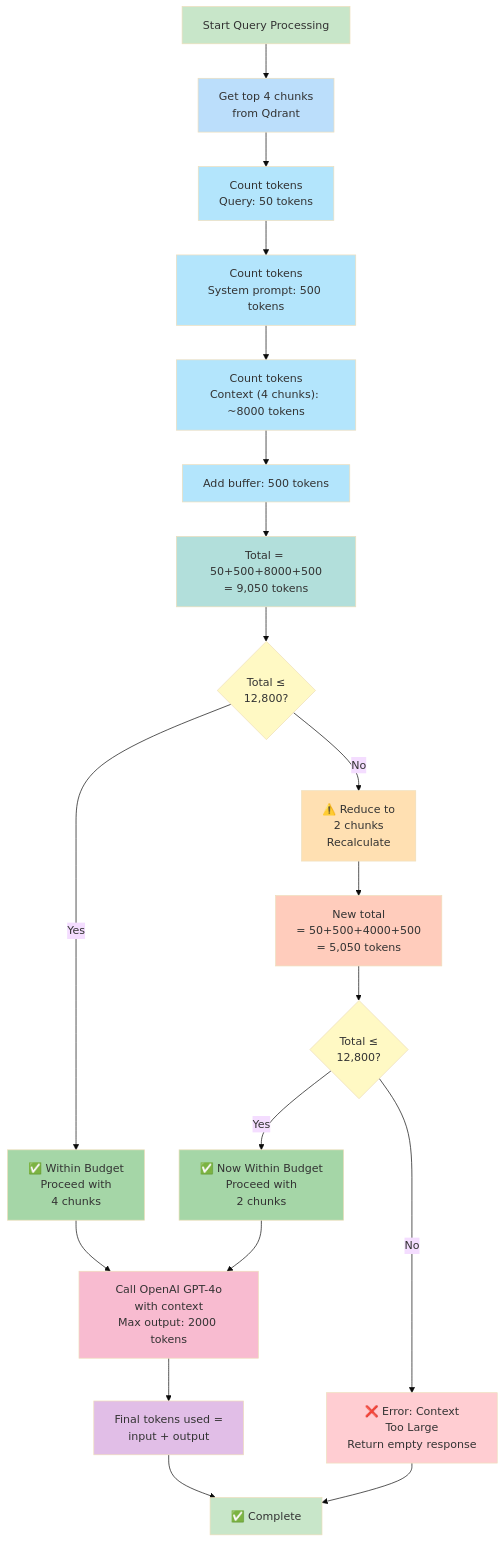
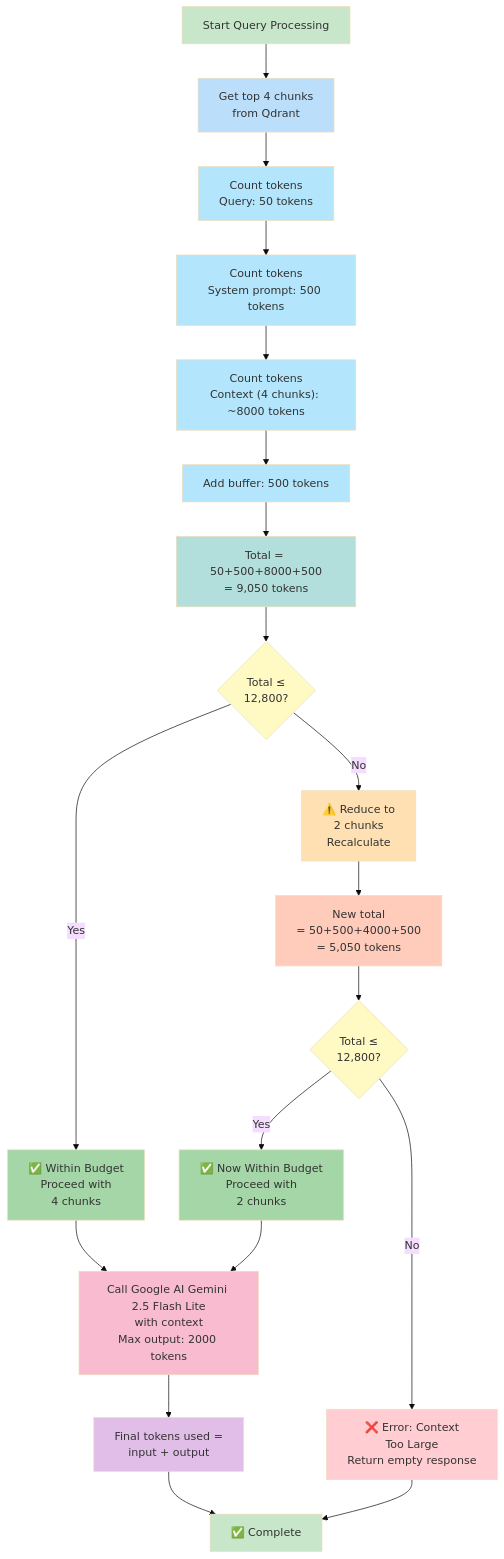
One commit to Smeet23/Lexintel changed the eighth of 13 diagrams in ARCHITECTURE_DIAGRAMS.md. Above: the diagram before and after it, drawn with Mermaid (base theme). The commit also changed other lines of this file and 50 other files, not shown here.

First line of the commit message:
docs: update all documentation from OpenAI to Google Gemini

````diff
--- a/ARCHITECTURE_DIAGRAMS.md
+++ b/ARCHITECTURE_DIAGRAMS.md
@@ -525,75 +525,75 @@
 ```mermaid
 graph TD
     Start["Start Query Processing"]
 
     GetChunks["Get top 4 chunks<br/>from Qdrant"]
 
     CountQuery["Count tokens<br/>Query: 50 tokens"]
     CountSystem["Count tokens<br/>System prompt: 500 tokens"]
     CountContext["Count tokens<br/>Context (4 chunks): ~8000 tokens"]
     CountBuffer["Add buffer: 500 tokens"]
 
     Total["Total = 50+500+8000+500<br/>= 9,050 tokens"]
 
     BudgetCheck{"Total ≤<br/>12,800?"}
 
     Within["✅ Within Budget<br/>Proceed with<br/>4 chunks"]
 
     Trim2["⚠️ Reduce to<br/>2 chunks<br/>Recalculate"]
 
     Recount["New total<br/>= 50+500+4000+500<br/>= 5,050 tokens"]
 
     Recheck{"Total ≤<br/>12,800?"}
 
     StillWithin["✅ Now Within Budget<br/>Proceed with<br/>2 chunks"]
 
     ErrorBudget["❌ Error: Context<br/>Too Large<br/>Return empty response"]
 
-    LLMCall["Call OpenAI GPT-4o<br/>with context<br/>Max output: 2000 tokens"]
+    LLMCall["Call Google AI Gemini 2.5 Flash Lite<br/>with context<br/>Max output: 2000 tokens"]
 
     FinalTotal["Final tokens used =<br/>input + output"]
 
     Complete["✅ Complete"]
 
     Start --> GetChunks
     GetChunks --> CountQuery
     CountQuery --> CountSystem
     CountSystem --> CountContext
     CountContext --> CountBuffer
     CountBuffer --> Total
 
     Total --> BudgetCheck
     BudgetCheck -->|Yes| Within
     BudgetCheck -->|No| Trim2
 
     Within --> LLMCall
 
     Trim2 --> Recount
     Recount --> Recheck
     Recheck -->|Yes| StillWithin
     Recheck -->|No| ErrorBudget
 
     StillWithin --> LLMCall
     ErrorBudget --> Complete
 
     LLMCall --> FinalTotal
     FinalTotal --> Complete
 
     style Start fill:#c8e6c9
     style GetChunks fill:#bbdefb
     style CountQuery fill:#b3e5fc
     style CountSystem fill:#b3e5fc
     style CountContext fill:#b3e5fc
     style CountBuffer fill:#b3e5fc
     style Total fill:#b2dfdb
     style BudgetCheck fill:#fff9c4
     style Within fill:#a5d6a7
     style Trim2 fill:#ffe0b2
     style Recount fill:#ffccbc
     style Recheck fill:#fff9c4
     style StillWithin fill:#a5d6a7
     style ErrorBudget fill:#ffcdd2
     style LLMCall fill:#f8bbd0
     style FinalTotal fill:#e1bee7
     style Complete fill:#c8e6c9
 ```
````
